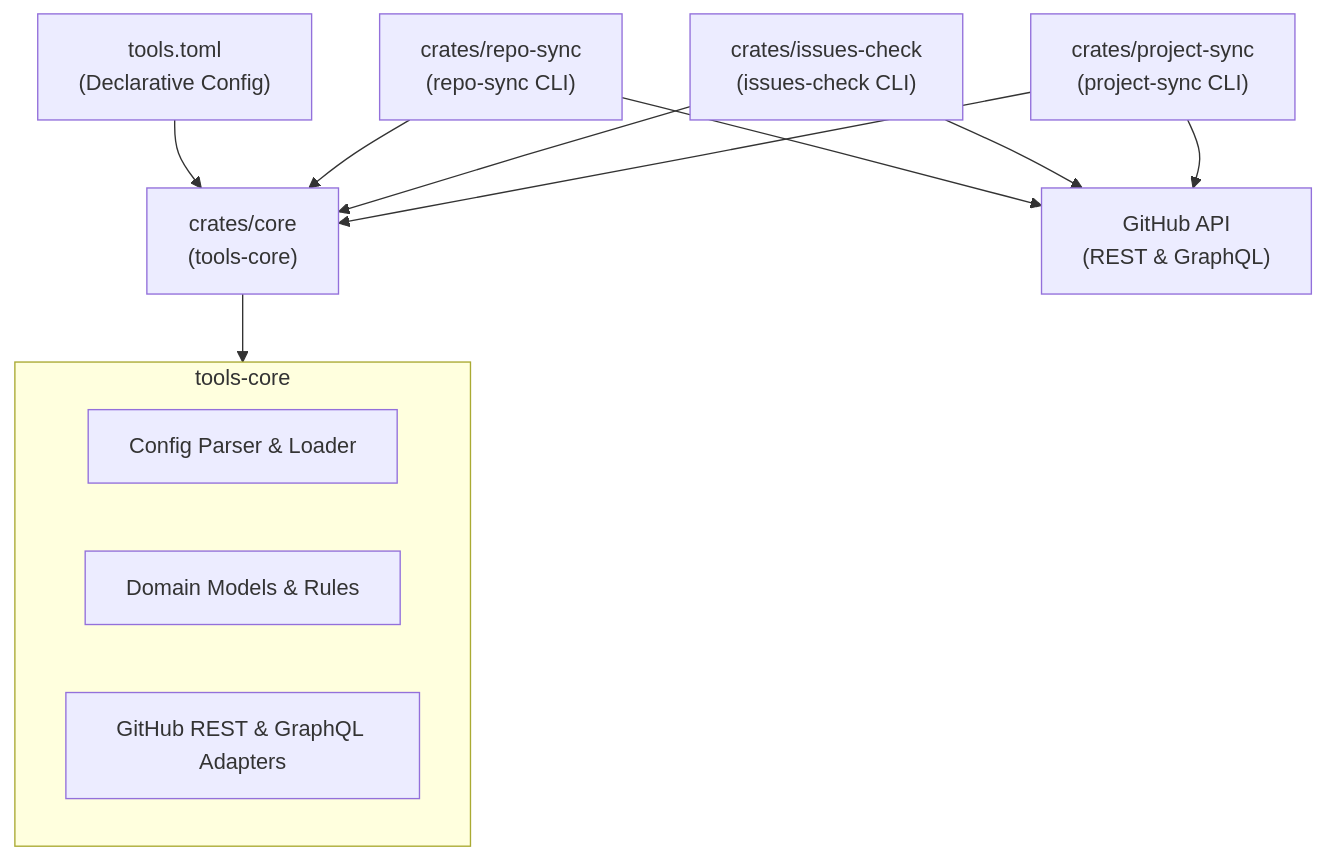
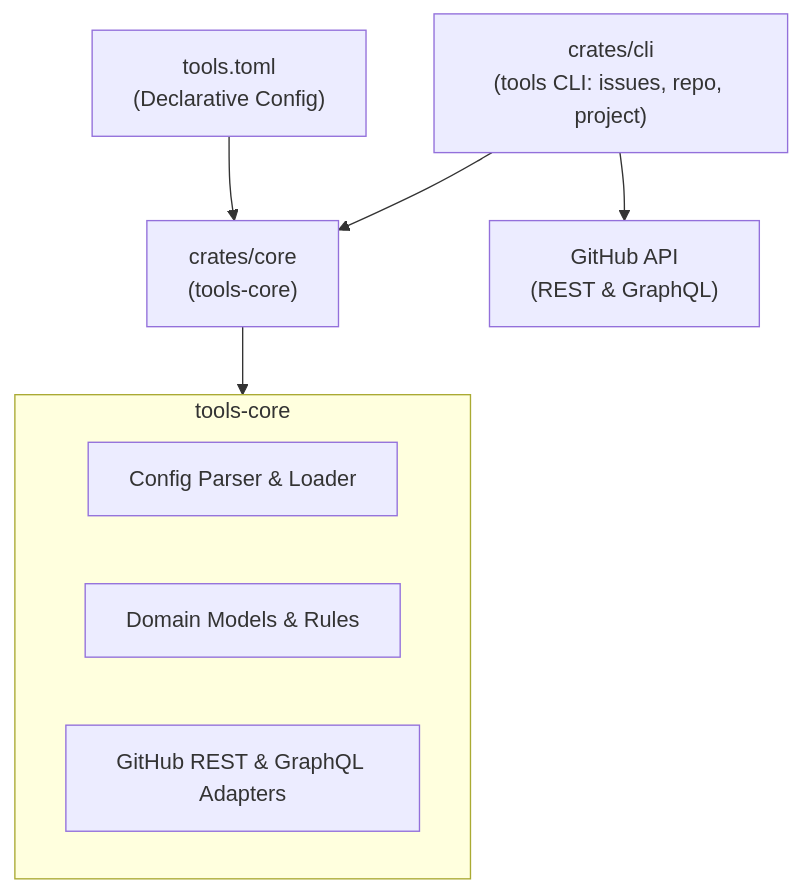
The diagram in README.md (jaoppb/tools), drawn with Mermaid before and after one commit. The commit also changed other lines of this file and 8 other files, not shown here.

First line of the commit message:
refactor: point release, action, installer, flake and docs at the tools CLI (#66)

````diff
--- a/README.md
+++ b/README.md
@@ -54,20 +52,16 @@
 ```mermaid
 flowchart TD
     Config["tools.toml\n(Declarative Config)"] --> Core["crates/core\n(tools-core)"]
 
     subgraph CoreComponents ["tools-core"]
         ConfigLoader["Config Parser & Loader"]
         DomainModels["Domain Models & Rules"]
         GitHubAdapters["GitHub REST & GraphQL Adapters"]
     end
 
     Core --> CoreComponents
 
-    RepoSync["crates/repo-sync\n(repo-sync CLI)"] --> Core
-    IssuesCheck["crates/issues-check\n(issues-check CLI)"] --> Core
-    ProjectSync["crates/project-sync\n(project-sync CLI)"] --> Core
+    Tools["crates/cli\n(tools CLI: issues, repo, project)"] --> Core
 
-    RepoSync --> GitHubAPI["GitHub API\n(REST & GraphQL)"]
-    IssuesCheck --> GitHubAPI
-    ProjectSync --> GitHubAPI
+    Tools --> GitHubAPI["GitHub API\n(REST & GraphQL)"]
 ```
````
